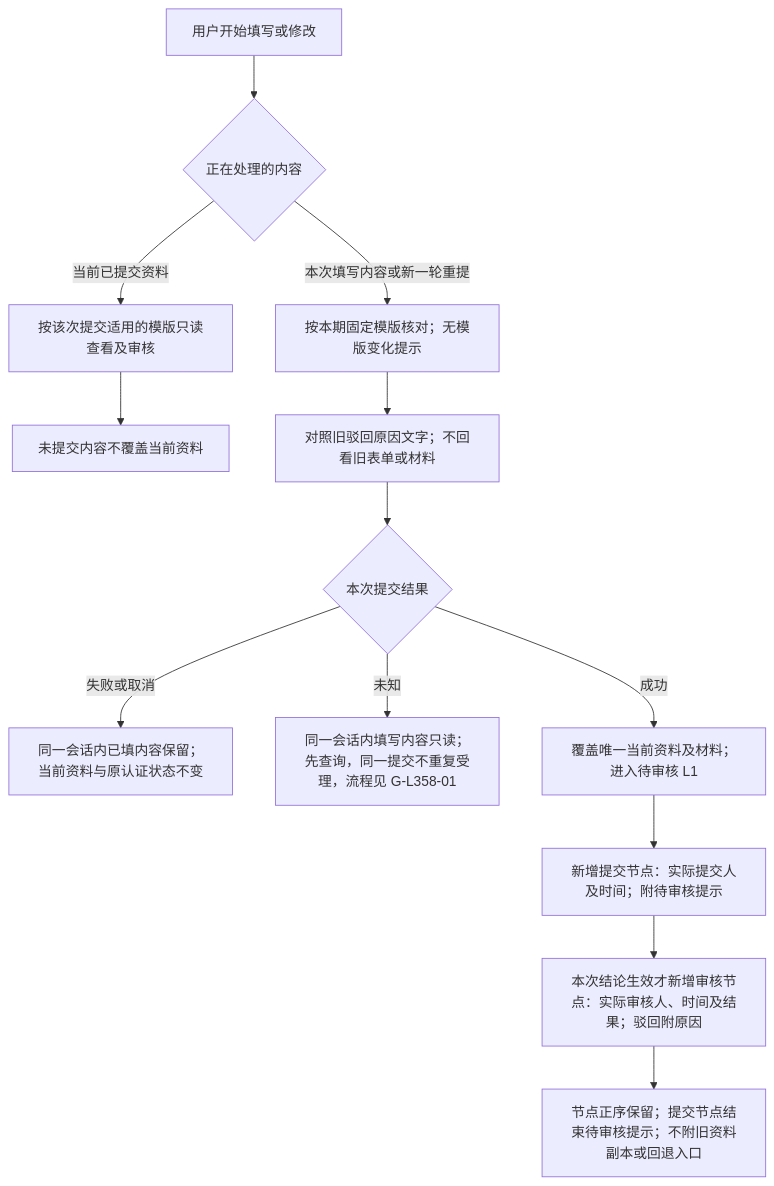
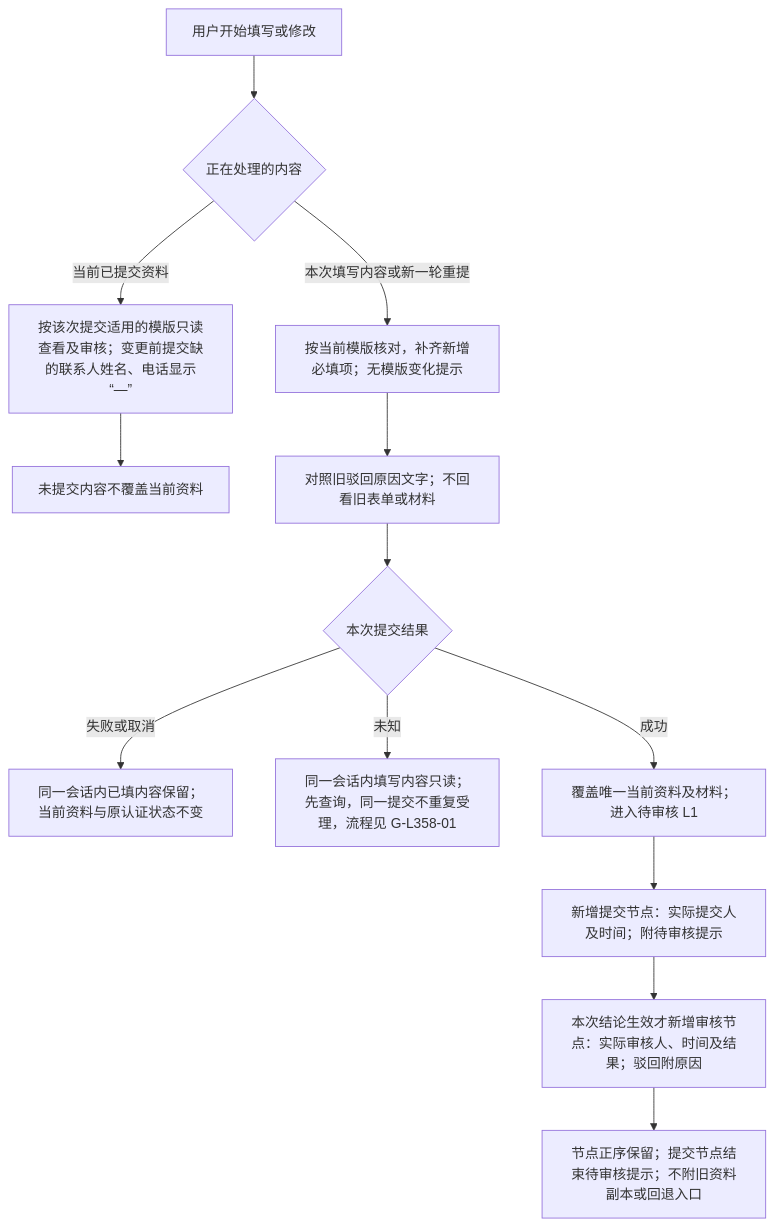
The fifth of 6 diagrams in lending-platform/PRD/运营端/05-资金方机构认证审核/02-资金方机构认证审核-流程图与状态机.md (wxblockchain/Chain-Financing), drawn with Mermaid before and after one commit. The commit also changed other lines of this file and 21 other files, not shown here.

````diff
--- a/lending-platform/PRD/运营端/05-资金方机构认证审核/02-资金方机构认证审核-流程图与状态机.md
+++ b/lending-platform/PRD/运营端/05-资金方机构认证审核/02-资金方机构认证审核-流程图与状态机.md
@@ -163,15 +163,15 @@
 ```mermaid
 flowchart TD
     A[用户开始填写或修改] --> B{正在处理的内容}
-    B -->|当前已提交资料| C[按该次提交适用的模版只读查看及审核]
+    B -->|当前已提交资料| C[按该次提交适用的模版只读查看及审核；变更前提交缺的联系人姓名、电话显示“—”]
     C --> D[未提交内容不覆盖当前资料]
-    B -->|本次填写内容或新一轮重提| E[按本期固定模版核对；无模版变化提示]
+    B -->|本次填写内容或新一轮重提| E[按当前模版核对，补齐新增必填项；无模版变化提示]
     E --> G[对照旧驳回原因文字；不回看旧表单或材料]
     G --> H{本次提交结果}
     H -->|失败或取消| I[同一会话内已填内容保留；当前资料与原认证状态不变]
     H -->|未知| U[同一会话内填写内容只读；先查询，同一提交不重复受理，流程见 G-L358-01]
     H -->|成功| J[覆盖唯一当前资料及材料；进入待审核 L1]
     J --> K[新增提交节点：实际提交人及时间；附待审核提示]
     K --> L[本次结论生效才新增审核节点：实际审核人、时间及结果；驳回附原因]
     L --> M[节点正序保留；提交节点结束待审核提示；不附旧资料副本或回退入口]
 ```
````
